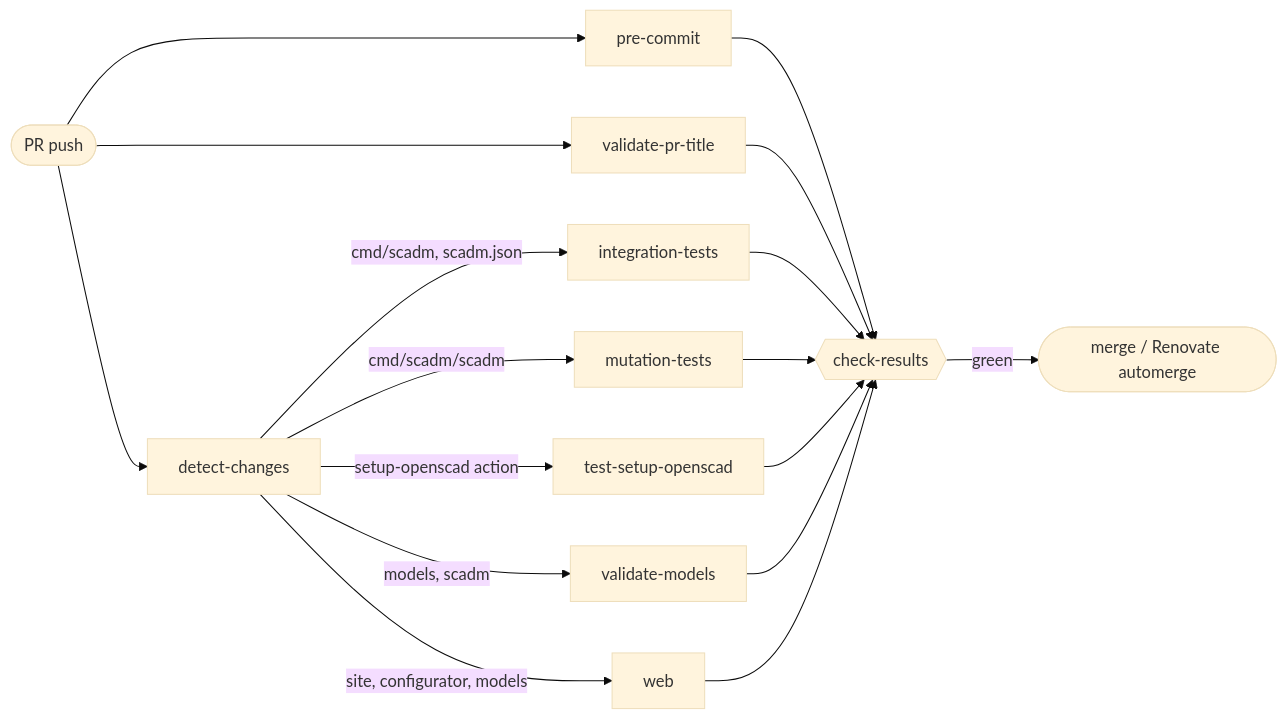
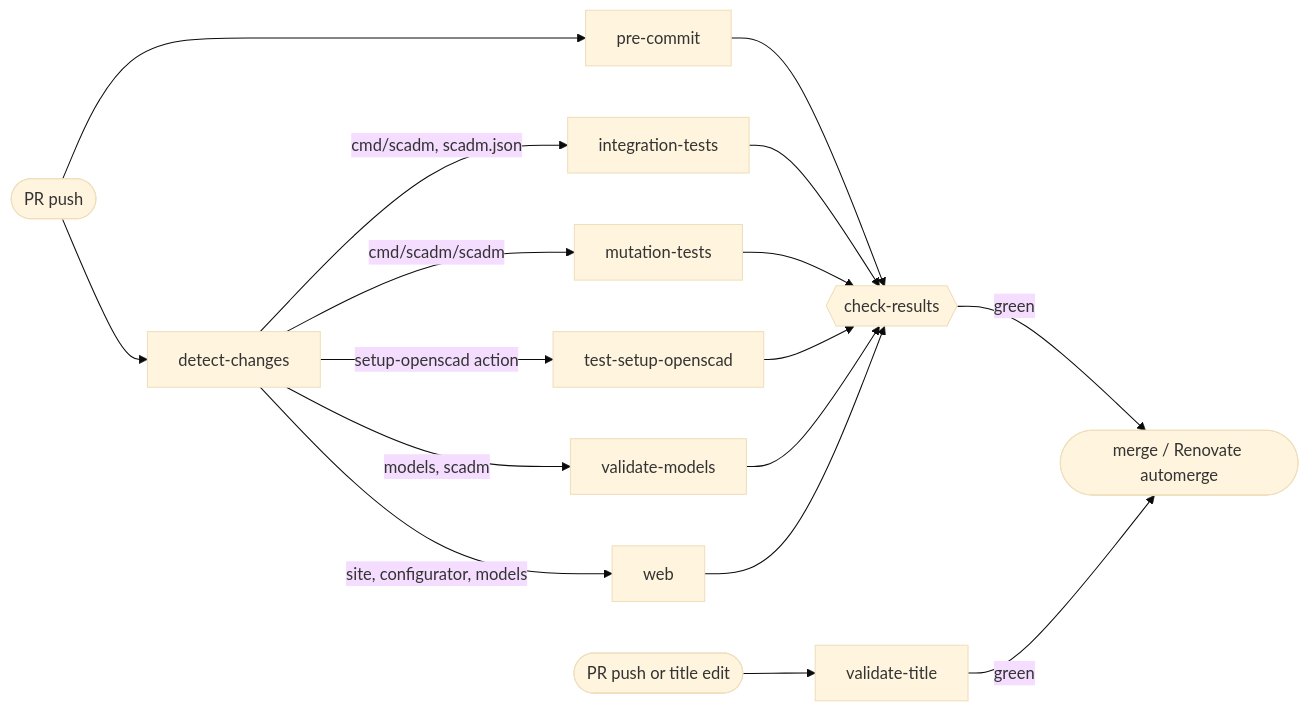
One commit to kellerlabs/homeracker changed the diagram in .github/workflows/README.md. Above: the diagram before and after it, drawn with Mermaid (base theme). The commit also changed other lines of this file and 5 other files, not shown here.

First line of the commit message:
fix(ci): keep validate-title standalone and required so title edits gate the merge

````diff
--- a/.github/workflows/README.md
+++ b/.github/workflows/README.md
@@ -7,13 +7,13 @@
 ```mermaid
 flowchart LR
     pr([PR push]) --> dc[detect-changes]
     pr --> pc[pre-commit]
-    pr --> title[validate-pr-title]
     dc -->|cmd/scadm, scadm.json| it[integration-tests]
     dc -->|cmd/scadm/scadm| mt[mutation-tests]
     dc -->|setup-openscad action| so[test-setup-openscad]
     dc -->|models, scadm| vm[validate-models]
     dc -->|site, configurator, models| web[web]
-    pc & title & it & mt & so & vm & web --> cr{{check-results}}
+    pc & it & mt & so & vm & web --> cr{{check-results}}
     cr -->|green| merge([merge / Renovate automerge])
+    pr2([PR push or title edit]) --> title[validate-title] -->|green| merge
 ```
````
